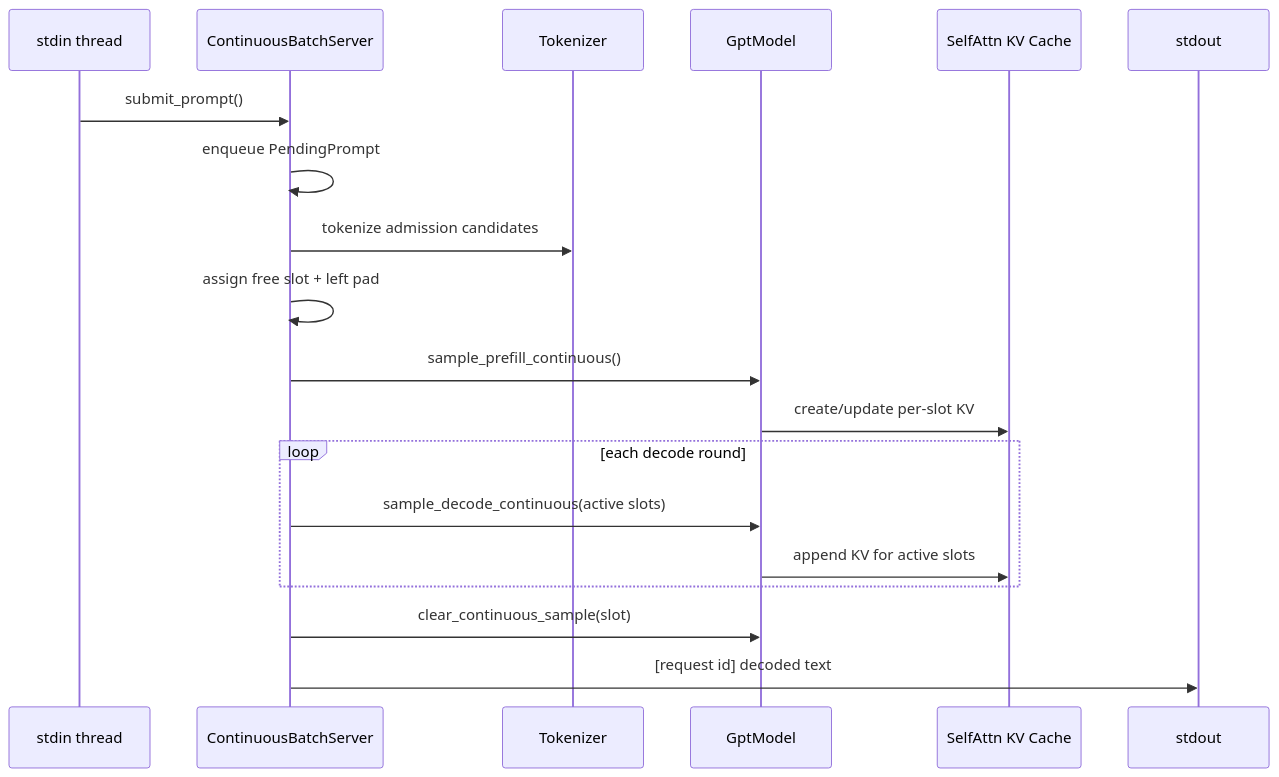
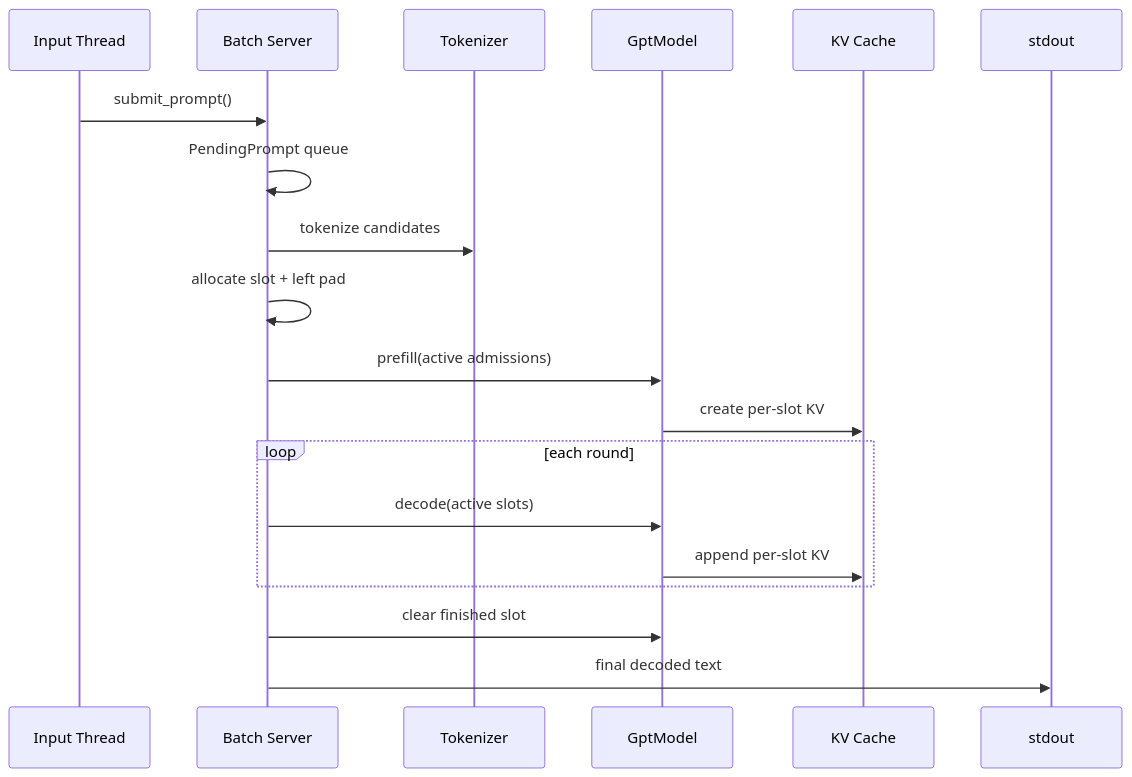
Before and after one commit to eagle-dai/easy_llm.cpp: the ninth of 12 diagrams in my/docs/easy_llm_guide.zh-CN.md, drawn with Mermaid. The commit also changed other lines of this file, not shown here.

````diff
--- a/my/docs/easy_llm_guide.zh-CN.md
+++ b/my/docs/easy_llm_guide.zh-CN.md
@@ -1160,22 +1546,22 @@
 ```mermaid
 sequenceDiagram
-    participant I as stdin thread
-    participant S as ContinuousBatchServer
+    participant I as Input Thread
+    participant S as Batch Server
     participant T as Tokenizer
     participant G as GptModel
-    participant K as SelfAttn KV Cache
+    participant K as KV Cache
     participant O as stdout
 
     I->>S: submit_prompt()
-    S->>S: enqueue PendingPrompt
-    S->>T: tokenize admission candidates
-    S->>S: assign free slot + left pad
-    S->>G: sample_prefill_continuous()
-    G->>K: create/update per-slot KV
-    loop each decode round
-        S->>G: sample_decode_continuous(active slots)
-        G->>K: append KV for active slots
+    S->>S: PendingPrompt queue
+    S->>T: tokenize candidates
+    S->>S: allocate slot + left pad
+    S->>G: prefill(active admissions)
+    G->>K: create per-slot KV
+    loop each round
+        S->>G: decode(active slots)
+        G->>K: append per-slot KV
     end
-    S->>G: clear_continuous_sample(slot)
-    S->>O: [request id] decoded text
+    S->>G: clear finished slot
+    S->>O: final decoded text
 ```
````
